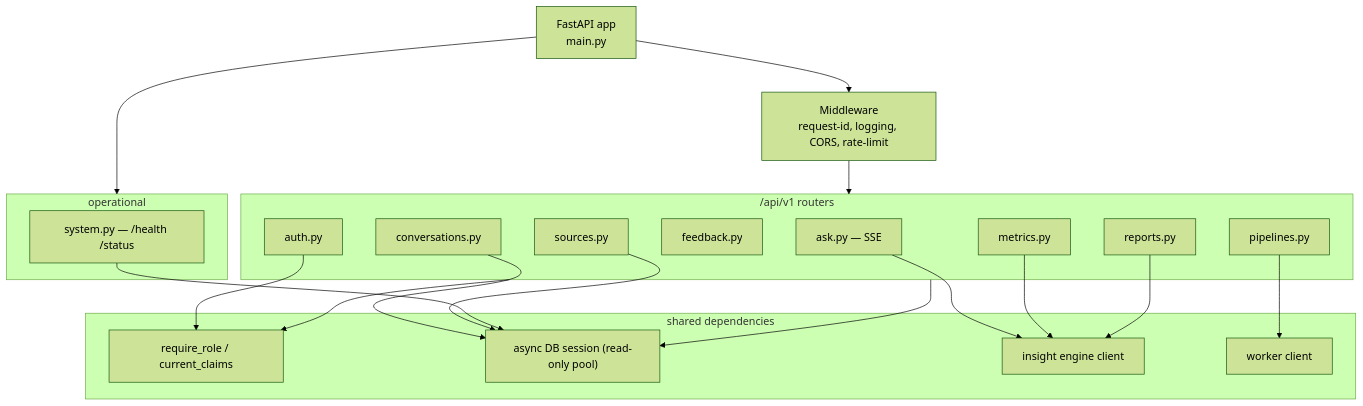
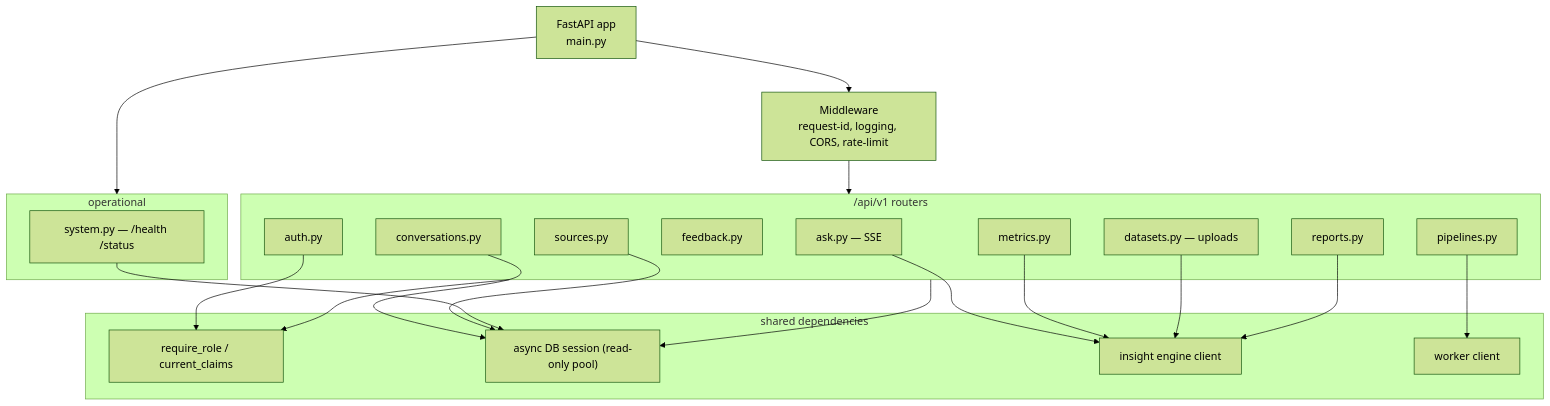
The diagram in docs/06-api.md (umesh-404/insight-gpt), drawn with Mermaid (forest theme) before and after one commit. The commit also changed other lines of this file and 72 other files, not shown here.

````diff
--- a/docs/06-api.md
+++ b/docs/06-api.md
@@ -424,37 +489,39 @@
 ```mermaid
 graph TD
     APP["FastAPI app<br/>main.py"]
     MW["Middleware<br/>request-id, logging, CORS, rate-limit"]
     subgraph V1["/api/v1 routers"]
         AUTHR["auth.py"]
         ASKR["ask.py — SSE"]
         CONVR["conversations.py"]
         FBR["feedback.py"]
         METR["metrics.py"]
         SRCR["sources.py"]
+        DSR["datasets.py — uploads"]
         PIPER["pipelines.py"]
         REPR["reports.py"]
     end
     subgraph OPS["operational"]
         SYSR["system.py — /health /status"]
     end
     subgraph DEPS["shared dependencies"]
         AUTHDEP["require_role / current_claims"]
         DB["async DB session (read-only pool)"]
         ENGINE["insight engine client"]
         WORKER["worker client"]
     end
 
     APP --> MW --> V1
     APP --> OPS
     AUTHR --> AUTHDEP
     ASKR --> ENGINE
     METR --> ENGINE
     CONVR --> DB
     SRCR --> DB
+    DSR --> ENGINE
     PIPER --> WORKER
     REPR --> ENGINE
     V1 --> AUTHDEP
     V1 --> DB
     SYSR --> DB
 ```
````
